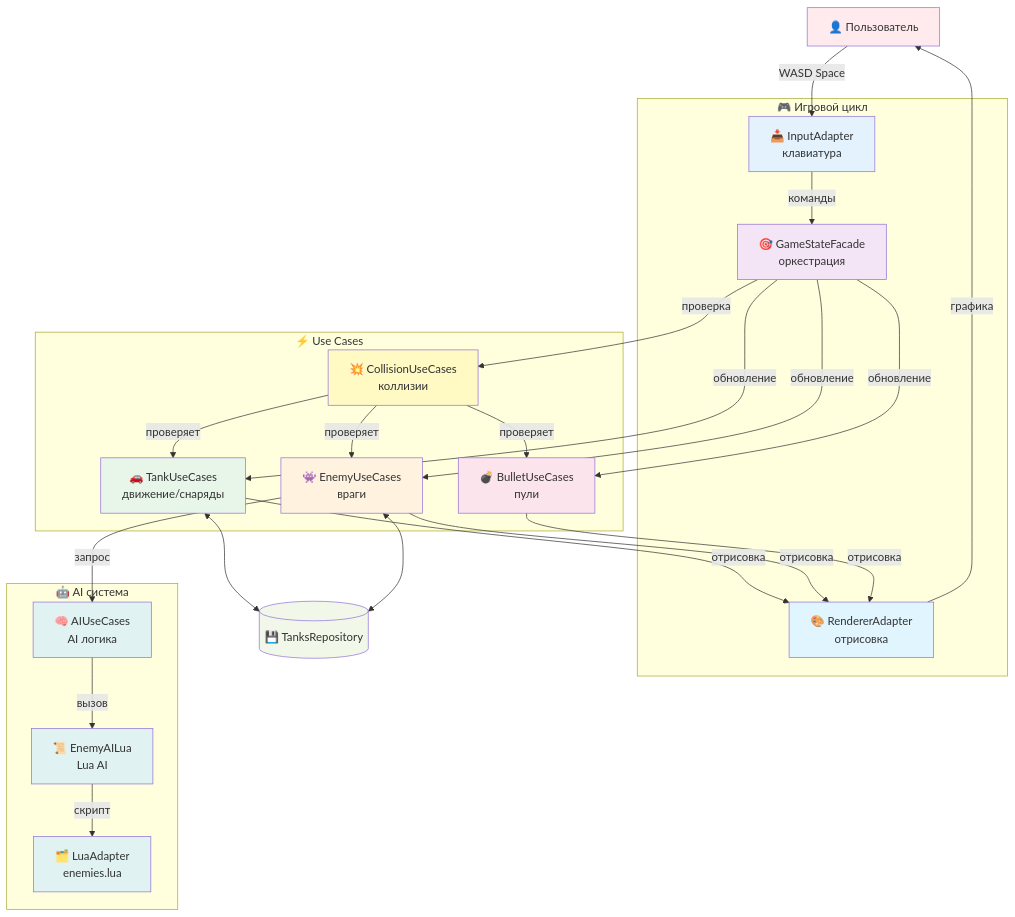
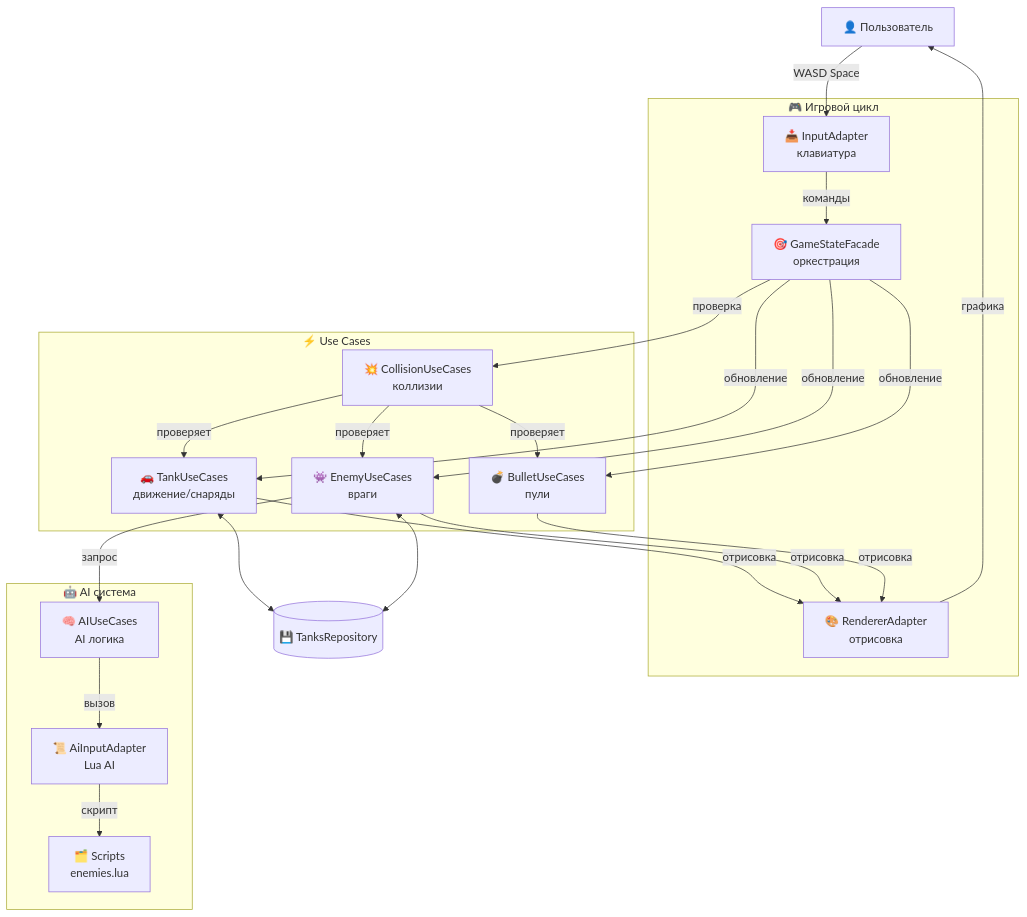
The second of 3 diagrams in README.md (shpaker/tnk9x), drawn with Mermaid before and after one commit. The commit also changed other lines of this file and 11 other files, not shown here.

````diff
--- a/README.md
+++ b/README.md
@@ -155,57 +149,44 @@
 ```mermaid
 flowchart TB
     User[👤 Пользователь]
     
     subgraph "🎮 Игровой цикл"
         Input[📥 InputAdapter<br/>клавиатура]
         Facade[🎯 GameStateFacade<br/>оркестрация]
         Render[🎨 RendererAdapter<br/>отрисовка]
     end
     
     subgraph "⚡ Use Cases"
         Tank[🚗 TankUseCases<br/>движение/снаряды]
         Enemy[👾 EnemyUseCases<br/>враги]
         Bullet[💣 BulletUseCases<br/>пули]
         Collision[💥 CollisionUseCases<br/>коллизии]
     end
     
     subgraph "🤖 AI система"
         AI[🧠 AIUseCases<br/>AI логика]
-        AILua[📜 EnemyAILua<br/>Lua AI]
-        Lua[🗂️ LuaAdapter<br/>enemies.lua]
+        AiInput[📜 AiInputAdapter<br/>Lua AI]
+        Lua[🗂️ Scripts<br/>enemies.lua]
     end
     
     TanksRepo[(💾 TanksRepository)]
     
     User -->|WASD Space| Input
     Input -->|команды| Facade
     Facade -->|обновление| Tank
     Facade -->|обновление| Enemy
     Facade -->|обновление| Bullet
     Facade -->|проверка| Collision
     Enemy -->|запрос| AI
-    AI -->|вызов| AILua
-    AILua -->|скрипт| Lua
+    AI -->|вызов| AiInput
+    AiInput -->|скрипт| Lua
     Tank <--> TanksRepo
     Enemy <--> TanksRepo
     Collision -->|проверяет| Tank
     Collision -->|проверяет| Enemy
     Collision -->|проверяет| Bullet
     Tank -->|отрисовка| Render
     Enemy -->|отрисовка| Render
     Bullet -->|отрисовка| Render
     Render -->|графика| User
-    
-    style User fill:#ffebee
-    style Input fill:#e3f2fd
-    style Facade fill:#f3e5f5
-    style Render fill:#e1f5ff
-    style Tank fill:#e8f5e9
-    style Enemy fill:#fff3e0
-    style Bullet fill:#fce4ec
-    style Collision fill:#fff9c4
-    style AI fill:#e0f2f1
-    style AILua fill:#e0f2f1
-    style Lua fill:#e0f2f1
-    style TanksRepo fill:#f1f8e9
 ```
````
